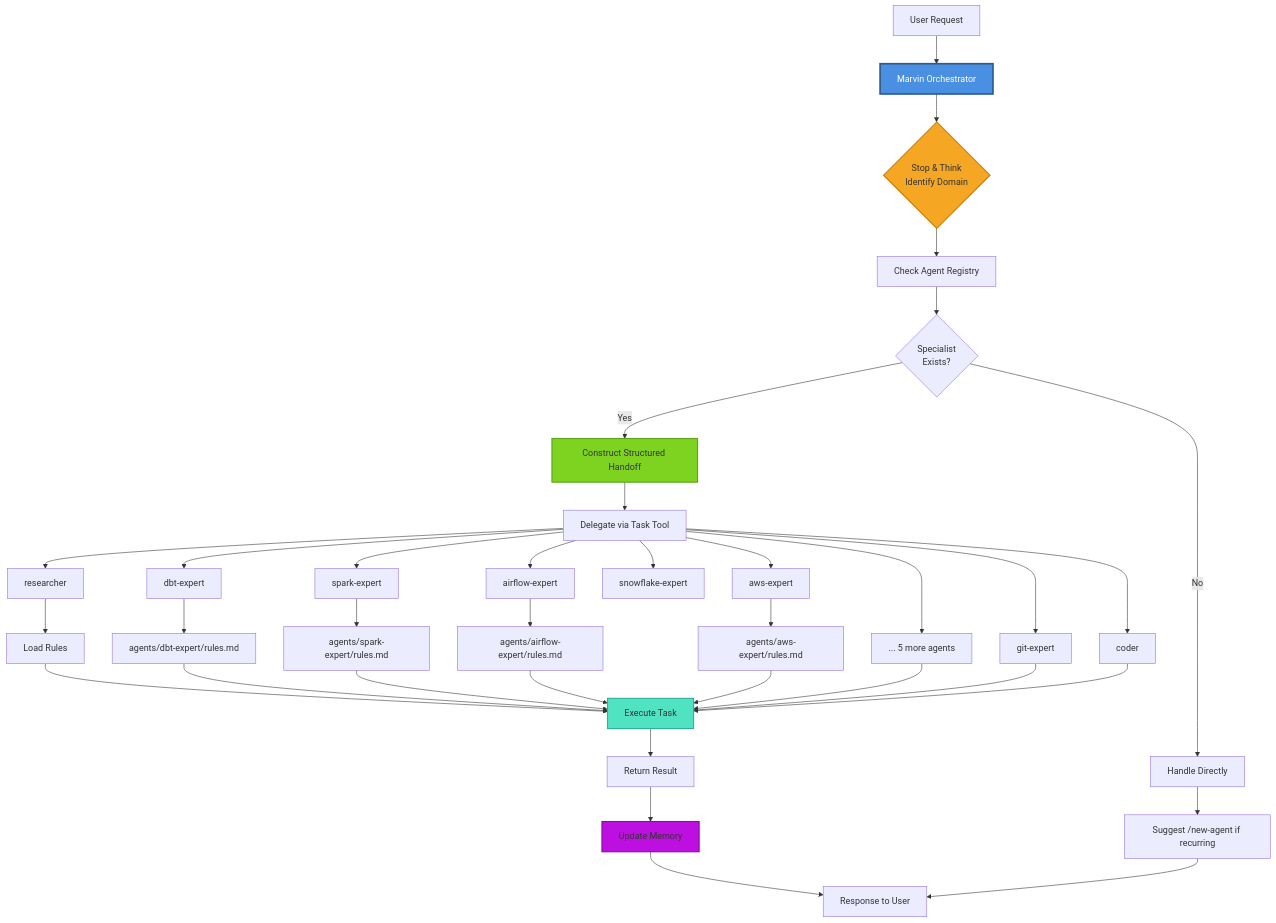
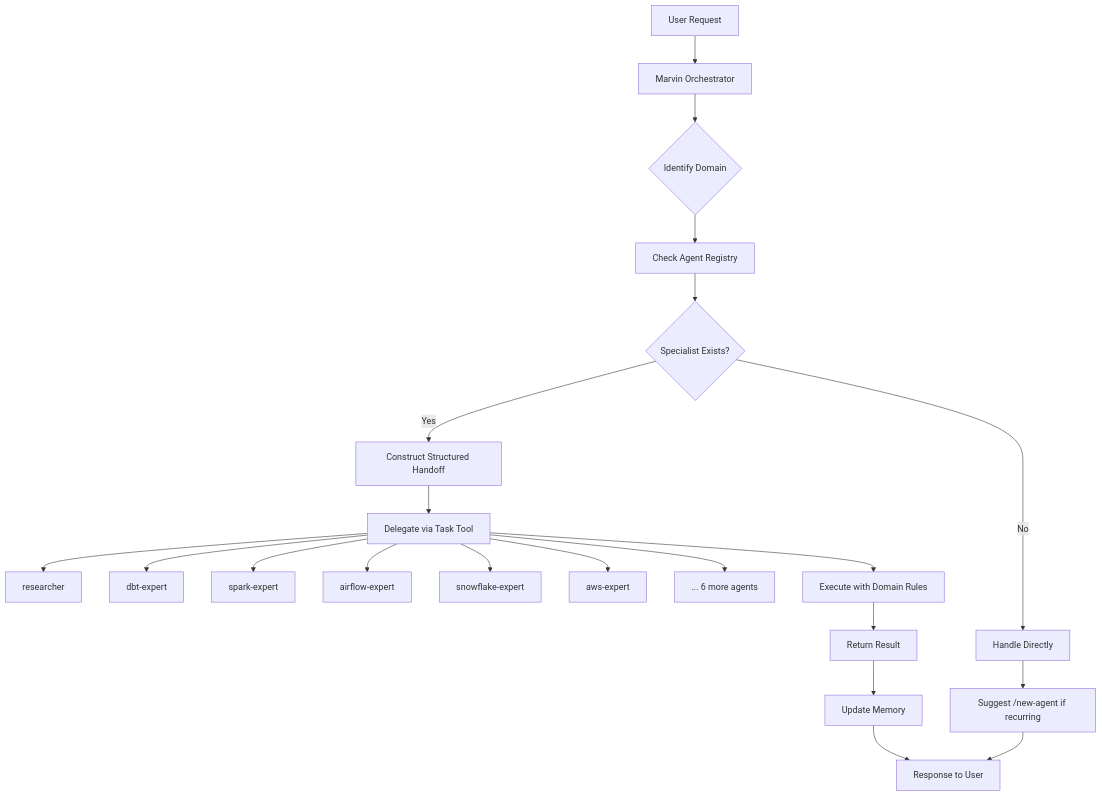
One commit to brunoldqueiroz/marvin changed the diagram in README.md. Above: the diagram before and after it, drawn with Mermaid. The commit also changed other lines of this file and 8 other files, not shown here.

````diff
--- a/README.md
+++ b/README.md
@@ -20,49 +9,27 @@
 ```mermaid
 graph TB
     User[User Request] --> Marvin[Marvin Orchestrator]
-    Marvin --> Think{Stop & Think<br/>Identify Domain}
+    Marvin --> Think{Identify Domain}
     Think --> Registry[Check Agent Registry]
-    Registry --> Match{Specialist<br/>Exists?}
+    Registry --> Match{Specialist Exists?}
 
     Match -->|Yes| Handoff[Construct Structured Handoff]
     Handoff --> Delegate[Delegate via Task Tool]
 
     Match -->|No| Direct[Handle Directly]
     Direct --> Suggest[Suggest /new-agent if recurring]
 
     Delegate --> Researcher[researcher]
-    Delegate --> Coder[coder]
     Delegate --> DBT[dbt-expert]
     Delegate --> Spark[spark-expert]
     Delegate --> Airflow[airflow-expert]
     Delegate --> Snowflake[snowflake-expert]
     Delegate --> AWS[aws-expert]
-    Delegate --> Git[git-expert]
-    Delegate --> Other[... 5 more agents]
+    Delegate --> Other[... 6 more agents]
 
-    Researcher --> Rules1[Load Rules]
-    DBT --> Rules2[agents/dbt-expert/rules.md]
-    Spark --> Rules3[agents/spark-expert/rules.md]
-    Airflow --> Rules4[agents/airflow-expert/rules.md]
-    AWS --> Rules5[agents/aws-expert/rules.md]
-
-    Rules1 --> Execute[Execute Task]
-    Rules2 --> Execute
-    Rules3 --> Execute
-    Rules4 --> Execute
-    Rules5 --> Execute
-    Other --> Execute
-    Git --> Execute
-    Coder --> Execute
-
+    Delegate --> Execute[Execute with Domain Rules]
     Execute --> Result[Return Result]
     Result --> Memory[Update Memory]
     Memory --> UserResponse[Response to User]
     Suggest --> UserResponse
-
-    style Marvin fill:#4A90E2,stroke:#2E5C8A,stroke-width:3px,color:#fff
-    style Think fill:#F5A623,stroke:#C77D0A,stroke-width:2px
-    style Handoff fill:#7ED321,stroke:#5FA319,stroke-width:2px
-    style Execute fill:#50E3C2,stroke:#2EB09A,stroke-width:2px
-    style Memory fill:#BD10E0,stroke:#8B0AA8,stroke-width:2px
 ```
````
